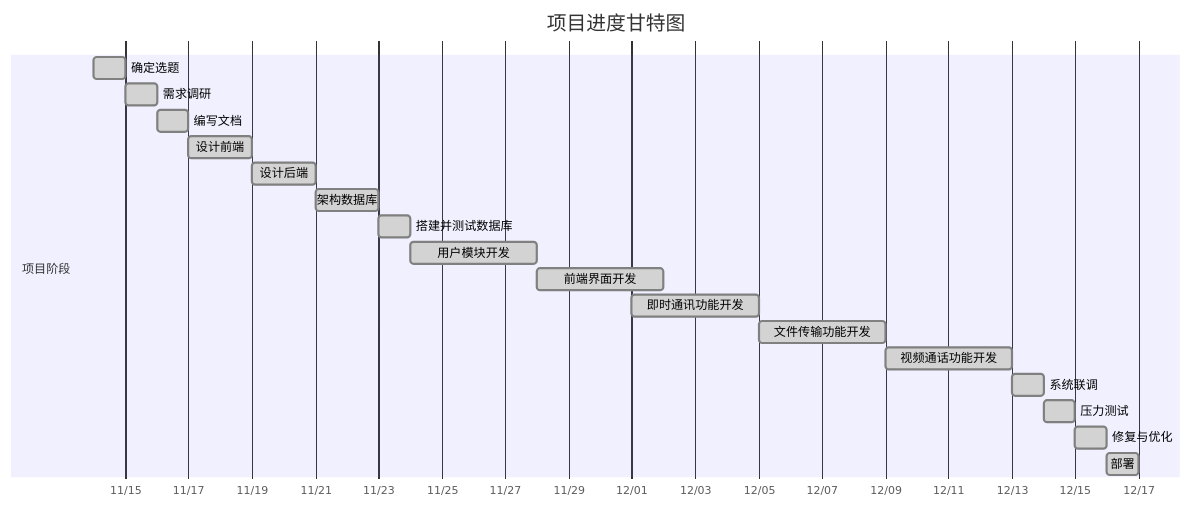
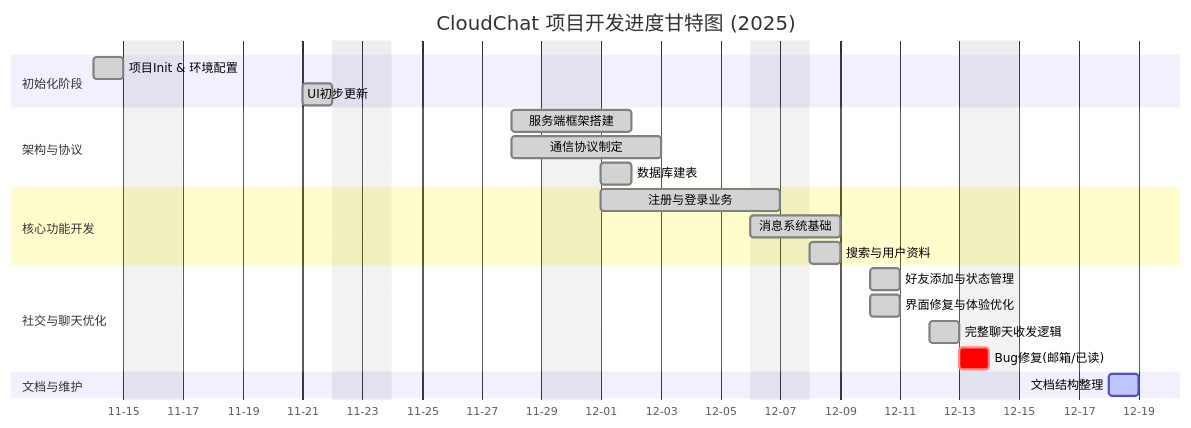
One commit to Homat3/CloudChat changed the diagram in README.md. Above: the diagram before and after it, drawn with Mermaid. The commit also changed other lines of this file, not shown here.

Commit message:
README文档更新

````diff
--- a/README.md
+++ b/README.md
@@ -27,24 +24,30 @@
 ```mermaid
 gantt
-    title 项目进度甘特图
-    dateFormat  YYYY/MM/DD
-    axisFormat %m/%d
+    title CloudChat 项目开发进度甘特图 (2025)
+    dateFormat  YYYY-MM-DD
+    axisFormat  %m-%d
+    excludes    weekends
 
-    section 项目阶段
-    确定选题       :done, des1, 2025/11/14, 1d
-    需求调研       :done, des2, 2025/11/15, 1d
-    编写文档       :done, des3, 2025/11/16, 1d
-    设计前端       :done, des4, 2025/11/17, 2d
-    设计后端       :done, des5, 2025/11/19, 2d
-    架构数据库     :done, des6, 2025/11/21, 2d
-    搭建并测试数据库 :done, des7, 2025/11/23, 1d
-    用户模块开发   :done, des8, 2025/11/24, 4d
-    前端界面开发   :done, des9, 2025/11/28, 4d
-    即时通讯功能开发 :done, des10, 2025/12/01, 4d
-    文件传输功能开发 :done, des11, 2025/12/05, 4d
-    视频通话功能开发 :done, des12, 2025/12/09, 4d
-    系统联调       :done, des13, 2025/12/13, 1d
-    压力测试       :done, des14, 2025/12/14, 1d
-    修复与优化     :done, des15, 2025/12/15, 1d
-    部署           :done, des16, 2025/12/16, 1d
+    section 初始化阶段
+    项目Init & 环境配置       :done, init, 2025-11-14, 2025-11-15
+    UI初步更新               :done, ui1, 2025-11-21, 1d
+
+    section 架构与协议
+    服务端框架搭建           :done, server1, 2025-11-28, 2d
+    通信协议制定             :done, proto, 2025-11-28, 2025-12-03
+    数据库建表               :done, db, 2025-12-01, 1d
+
+    section 核心功能开发
+    注册与登录业务           :done, auth, 2025-12-01, 2025-12-07
+    消息系统基础             :done, msg_base, 2025-12-06, 2d
+    搜索与用户资料           :done, user_info, 2025-12-08, 2025-12-09
+
+    section 社交与聊天优化
+    好友添加与状态管理       :done, friends, 2025-12-10, 2025-12-11
+    界面修复与体验优化       :done, ui_fix, 2025-12-10, 2025-12-11
+    完整聊天收发逻辑         :done, chat_full, 2025-12-12, 2025-12-13
+    Bug修复(邮箱/已读)       :crit, bugfix, 2025-12-13, 1d
+
+    section 文档与维护
+    文档结构整理             :active, docs, 2025-12-18, 1d
 ```
````
